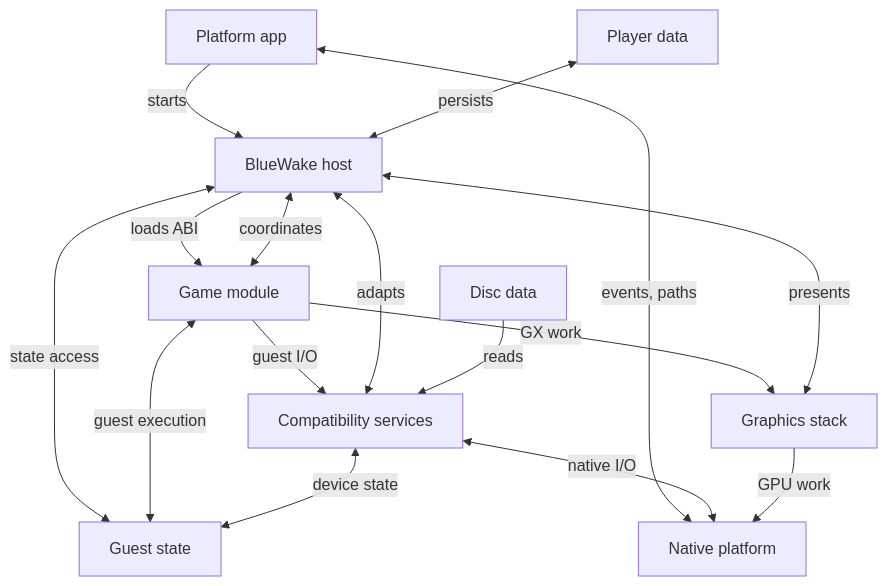
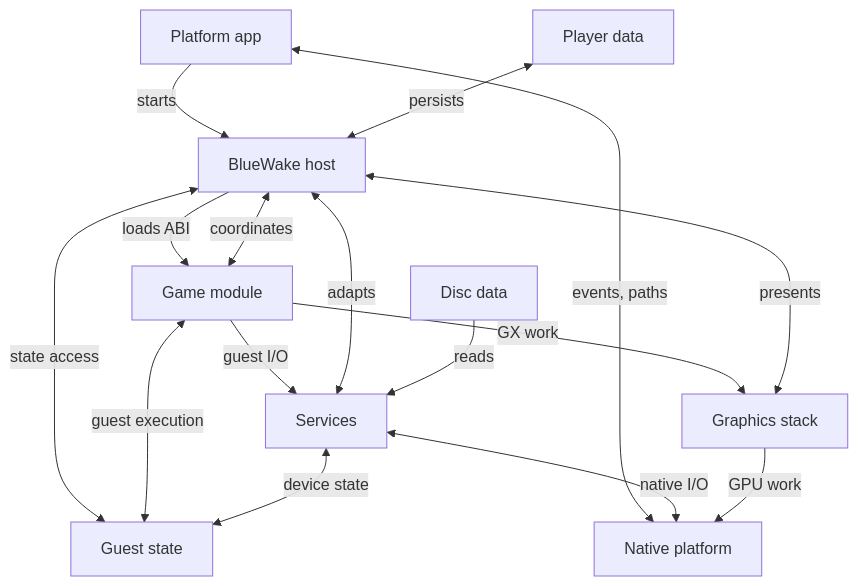
Before and after one commit to Aelbannan/boat_of_daphnes: the first of 3 diagrams in docs/architecture/Runtime.md, drawn with Mermaid. The commit also changed other lines of this file, not shown here.

Commit message:
Shorten Runtime service labels

````diff
--- a/docs/architecture/Runtime.md
+++ b/docs/architecture/Runtime.md
@@ -33,28 +33,28 @@
 ```mermaid
 flowchart TD
     Platform["Platform app"]
     Host["BlueWake host"]
     Module["Game module"]
     Guest["Guest state"]
-    Services["Compatibility services"]
+    Services["Services"]
     Graphics["Graphics stack"]
     Disc["Disc data"]
     Player["Player data"]
     Native["Native platform"]
 
     Platform -->|"starts"| Host
     Host -->|"loads ABI"| Module
     Host <-->|"coordinates"| Module
     Host <-->|"state access"| Guest
     Module <-->|"guest execution"| Guest
     Module -->|"guest I/O"| Services
     Host <-->|"adapts"| Services
     Services <-->|"device state"| Guest
     Module -->|"GX work"| Graphics
     Host <-->|"presents"| Graphics
     Disc -->|"reads"| Services
     Player <-->|"persists"| Host
     Platform <-->|"events, paths"| Native
     Services <-->|"native I/O"| Native
     Graphics -->|"GPU work"| Native
 ```
````
